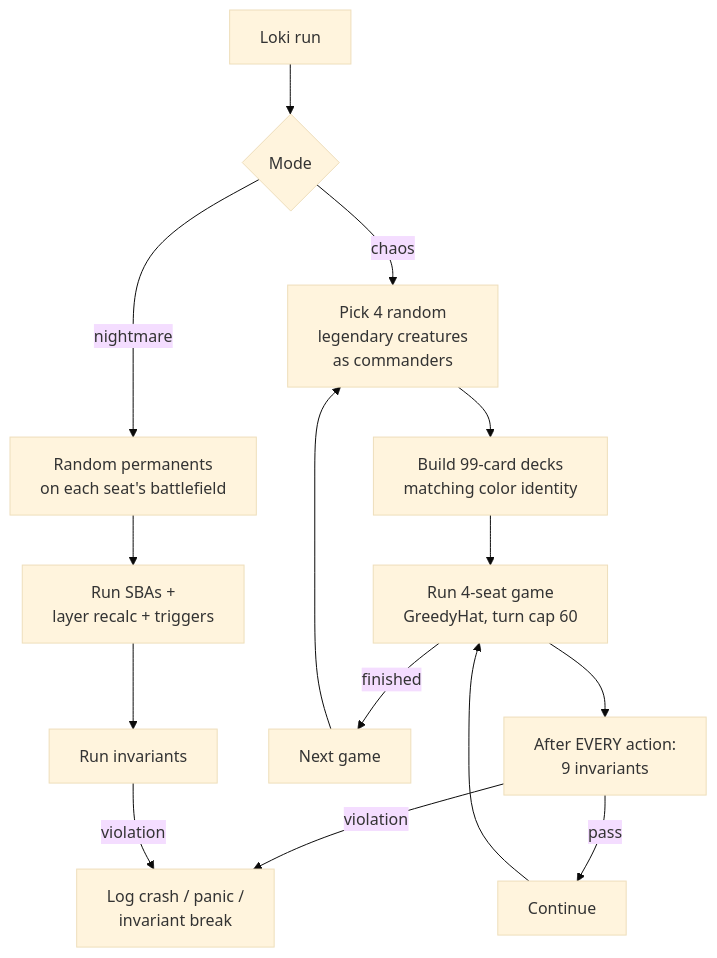
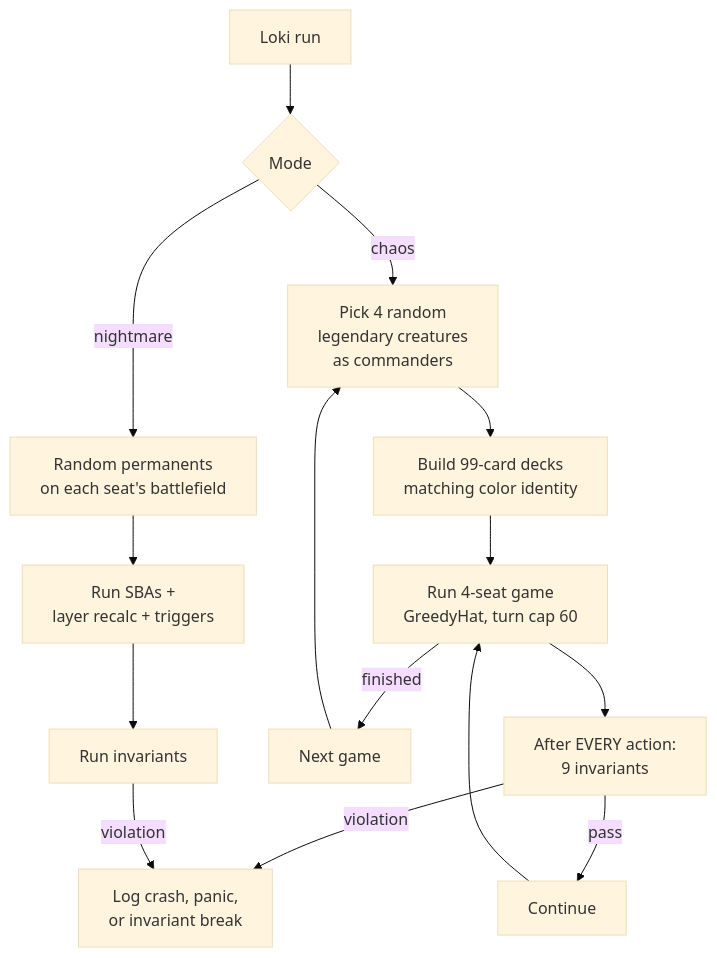
The diagram in docs/Tool - Loki.md (HexDek/HexDek), drawn with Mermaid (base theme) before and after one commit. The commit also changed other lines of this file and 18 other files, not shown here.

````diff
--- a/docs/Tool - Loki.md
+++ b/docs/Tool - Loki.md
@@ -11,17 +16,17 @@
 ```mermaid
 flowchart TD
     Start[Loki run] --> Mode{Mode}
     Mode -- chaos --> Pick[Pick 4 random<br/>legendary creatures<br/>as commanders]
     Pick --> Build[Build 99-card decks<br/>matching color identity]
     Build --> Game[Run 4-seat game<br/>GreedyHat, turn cap 60]
     Game --> Each[After EVERY action:<br/>9 invariants]
-    Each -- violation --> Report[Log crash / panic /<br/>invariant break]
+    Each -- violation --> Report[Log crash, panic,<br/>or invariant break]
     Each -- pass --> Cont[Continue]
     Cont --> Game
     Game -- finished --> Next[Next game]
     Next --> Pick
     Mode -- nightmare --> Board[Random permanents<br/>on each seat's battlefield]
     Board --> SBA[Run SBAs +<br/>layer recalc + triggers]
     SBA --> Inv2[Run invariants]
     Inv2 -- violation --> Report
 ```
````
